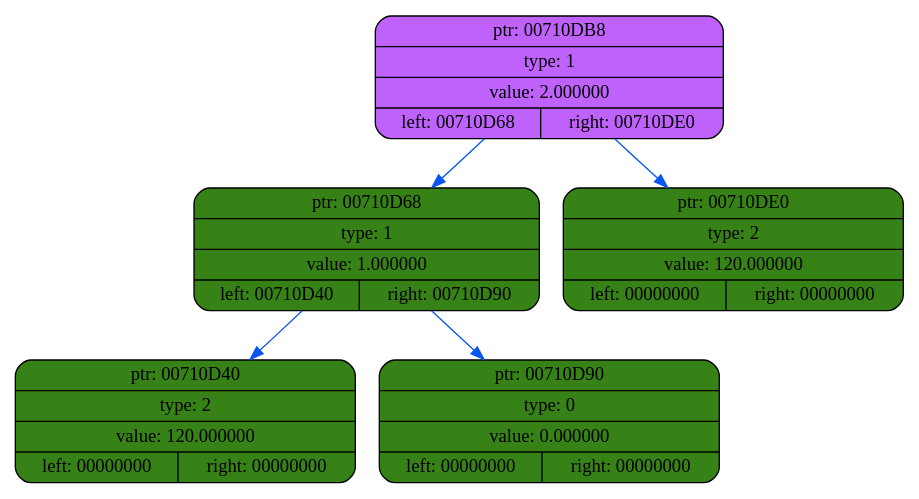
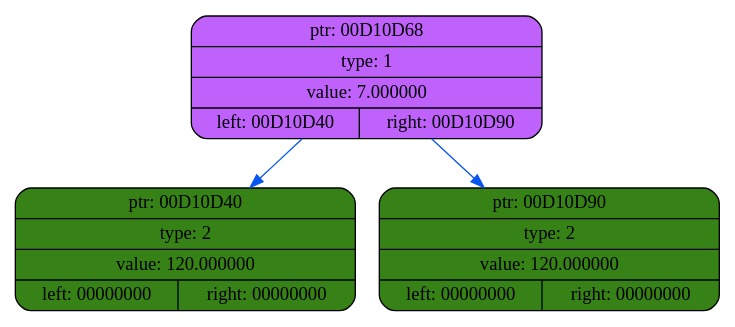
Before and after one commit to coffee8cat/differentiator: the diagram in dump/dump1.dot, drawn with Graphviz. The commit also changed 22 other files, not shown here.

```diff
--- a/dump/dump1.dot
+++ b/dump/dump1.dot
@@ -1,14 +1,10 @@
 digraph
 {
     rankdir=TP
 
-        node00710DB8[shape=record,style="rounded,filled",fillcolor="#BF62FC",label="{ ptr: 00710DB8 | type: 1 | value: 2.000000| { left: 00710D68 | right: 00710DE0 }}"];
-    node00710DB8 -> node00710D68[color="#0855F0"]
-    node00710D68[shape=record,style="rounded,filled",fillcolor="#378217",label="{ ptr: 00710D68 | type: 1 | value: 1.000000| { left: 00710D40 | right: 00710D90 }}"];
-    node00710D68 -> node00710D40[color="#0855F0"]
-    node00710D40[shape=record,style="rounded,filled",fillcolor="#378217",label="{ ptr: 00710D40 | type: 2 | value: 120.000000| { left: 00000000 | right: 00000000 }}"];
-    node00710D68 -> node00710D90[color="#0855F0"]
-    node00710D90[shape=record,style="rounded,filled",fillcolor="#378217",label="{ ptr: 00710D90 | type: 0 | value: 0.000000| { left: 00000000 | right: 00000000 }}"];
-    node00710DB8 -> node00710DE0[color="#0855F0"]
-    node00710DE0[shape=record,style="rounded,filled",fillcolor="#378217",label="{ ptr: 00710DE0 | type: 2 | value: 120.000000| { left: 00000000 | right: 00000000 }}"];
+        node00D10D68[shape=record,style="rounded,filled",fillcolor="#BF62FC",label="{ ptr: 00D10D68 | type: 1 | value: 7.000000| { left: 00D10D40 | right: 00D10D90 }}"];
+    node00D10D68 -> node00D10D40[color="#0855F0"]
+    node00D10D40[shape=record,style="rounded,filled",fillcolor="#378217",label="{ ptr: 00D10D40 | type: 2 | value: 120.000000| { left: 00000000 | right: 00000000 }}"];
+    node00D10D68 -> node00D10D90[color="#0855F0"]
+    node00D10D90[shape=record,style="rounded,filled",fillcolor="#378217",label="{ ptr: 00D10D90 | type: 2 | value: 120.000000| { left: 00000000 | right: 00000000 }}"];
 }
```
